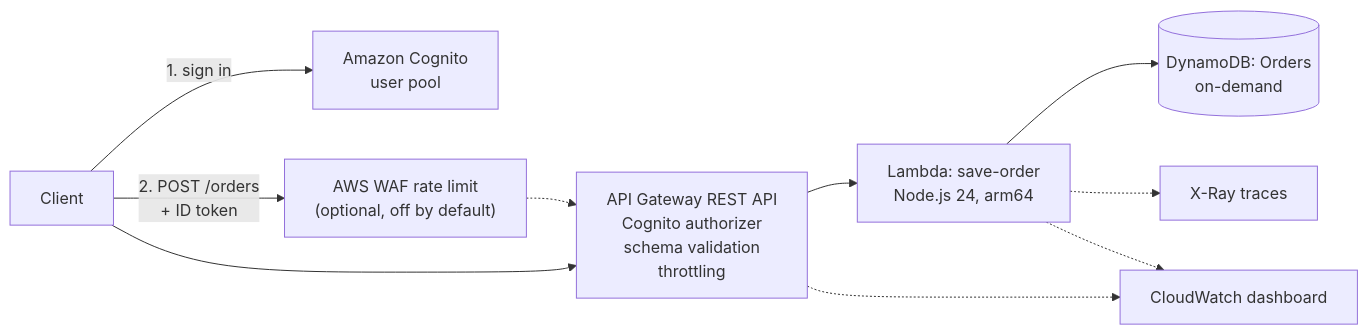
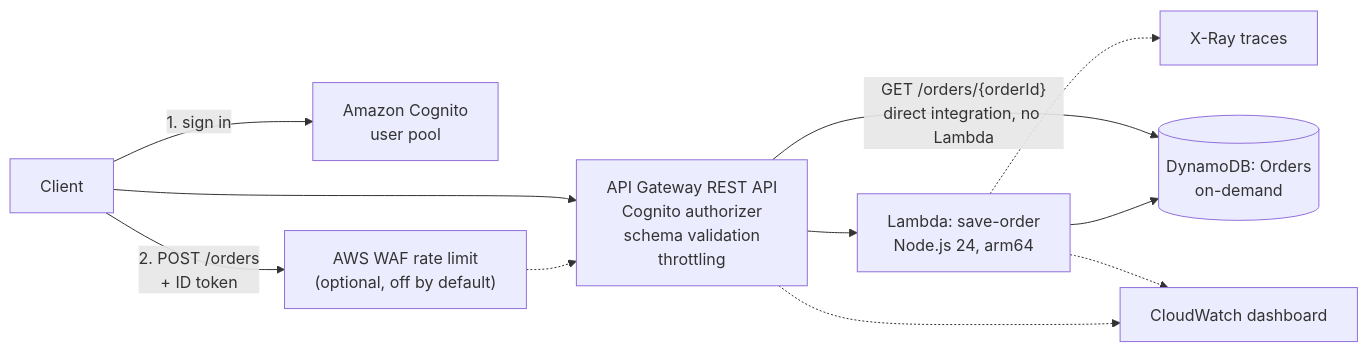
The first of 2 diagrams in README.md (bdahiya2007/secure-serverless-api-aws), drawn with Mermaid before and after one commit. The commit also changed other lines of this file and 15 other files, not shown here.

First line of the commit message:
Add GET /orders/{orderId} as a direct API Gateway to DynamoDB integration (no Lambda)

````diff
--- a/README.md
+++ b/README.md
@@ -14,12 +16,13 @@
 ```mermaid
 flowchart LR
   C["Client"] -->|"1. sign in"| CG["Amazon Cognito<br/>user pool"]
   C -->|"2. POST /orders<br/>+ ID token"| WAF["AWS WAF rate limit<br/>(optional, off by default)"]
   WAF -.-> APIGW
   C --> APIGW["API Gateway REST API<br/>Cognito authorizer<br/>schema validation<br/>throttling"]
   APIGW --> L["Lambda: save-order<br/>Node.js 24, arm64"]
   L --> D[("DynamoDB: Orders<br/>on-demand")]
+  APIGW -->|"GET /orders/{orderId}<br/>direct integration, no Lambda"| D
   L -.-> X["X-Ray traces"]
   APIGW -.-> CW["CloudWatch dashboard"]
   L -.-> CW
 ```
````
